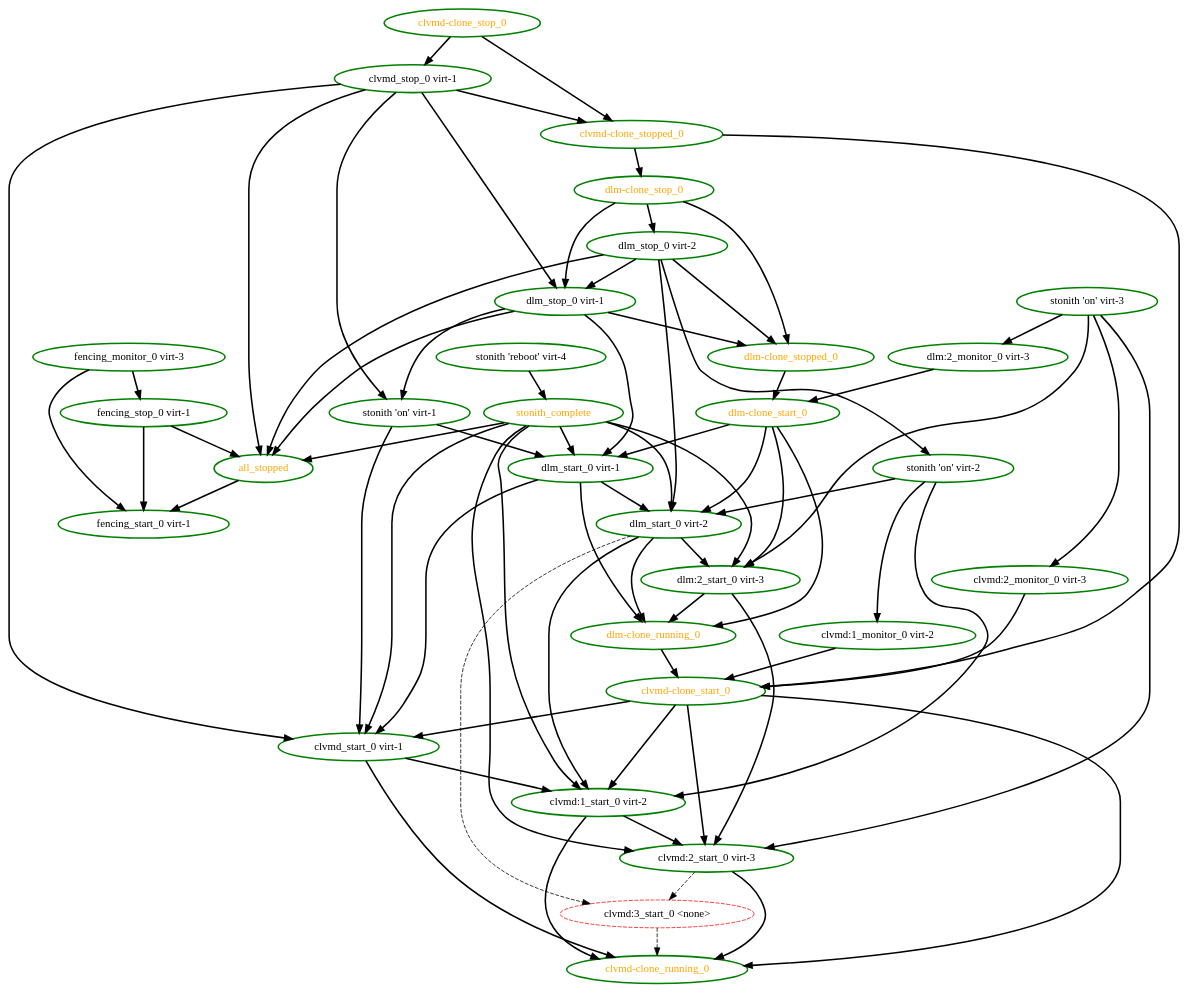
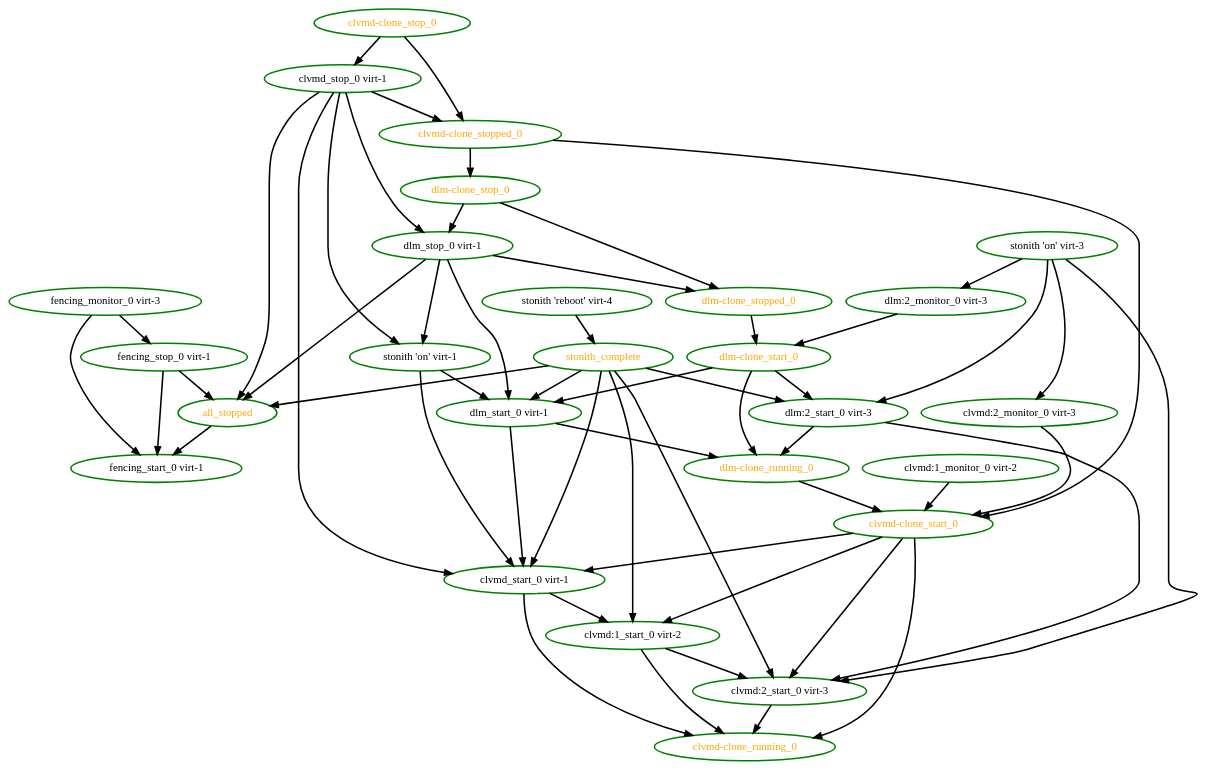
One commit to ClusterLabs/pacemaker changed the diagram in pengine/test10/unfence-parameters.dot. Above: the diagram before and after it, drawn with Graphviz. The commit also changed 2 other files, not shown here.

```diff
--- a/pengine/test10/unfence-parameters.dot
+++ b/pengine/test10/unfence-parameters.dot
@@ -1,104 +1,82 @@
 digraph "g" {
 "all_stopped" -> "fencing_start_0 virt-1" [ style = bold]
 "all_stopped" [ style=bold color="green" fontcolor="orange"]
 "clvmd-clone_running_0" [ style=bold color="green" fontcolor="orange"]
 "clvmd-clone_start_0" -> "clvmd-clone_running_0" [ style = bold]
 "clvmd-clone_start_0" -> "clvmd:1_start_0 virt-2" [ style = bold]
 "clvmd-clone_start_0" -> "clvmd:2_start_0 virt-3" [ style = bold]
 "clvmd-clone_start_0" -> "clvmd_start_0 virt-1" [ style = bold]
 "clvmd-clone_start_0" [ style=bold color="green" fontcolor="orange"]
 "clvmd-clone_stop_0" -> "clvmd-clone_stopped_0" [ style = bold]
 "clvmd-clone_stop_0" -> "clvmd_stop_0 virt-1" [ style = bold]
 "clvmd-clone_stop_0" [ style=bold color="green" fontcolor="orange"]
 "clvmd-clone_stopped_0" -> "clvmd-clone_start_0" [ style = bold]
 "clvmd-clone_stopped_0" -> "dlm-clone_stop_0" [ style = bold]
 "clvmd-clone_stopped_0" [ style=bold color="green" fontcolor="orange"]
 "clvmd:1_monitor_0 virt-2" -> "clvmd-clone_start_0" [ style = bold]
 "clvmd:1_monitor_0 virt-2" [ style=bold color="green" fontcolor="black"]
 "clvmd:1_start_0 virt-2" -> "clvmd-clone_running_0" [ style = bold]
 "clvmd:1_start_0 virt-2" -> "clvmd:2_start_0 virt-3" [ style = bold]
 "clvmd:1_start_0 virt-2" [ style=bold color="green" fontcolor="black"]
 "clvmd:2_monitor_0 virt-3" -> "clvmd-clone_start_0" [ style = bold]
 "clvmd:2_monitor_0 virt-3" [ style=bold color="green" fontcolor="black"]
 "clvmd:2_start_0 virt-3" -> "clvmd-clone_running_0" [ style = bold]
-"clvmd:2_start_0 virt-3" -> "clvmd:3_start_0 <none>" [ style = dashed]
 "clvmd:2_start_0 virt-3" [ style=bold color="green" fontcolor="black"]
-"clvmd:3_start_0 <none>" -> "clvmd-clone_running_0" [ style = dashed]
-"clvmd:3_start_0 <none>" [ style=dashed color="red" fontcolor="black"]
 "clvmd_start_0 virt-1" -> "clvmd-clone_running_0" [ style = bold]
 "clvmd_start_0 virt-1" -> "clvmd:1_start_0 virt-2" [ style = bold]
 "clvmd_start_0 virt-1" [ style=bold color="green" fontcolor="black"]
 "clvmd_stop_0 virt-1" -> "all_stopped" [ style = bold]
 "clvmd_stop_0 virt-1" -> "clvmd-clone_stopped_0" [ style = bold]
 "clvmd_stop_0 virt-1" -> "clvmd_start_0 virt-1" [ style = bold]
 "clvmd_stop_0 virt-1" -> "dlm_stop_0 virt-1" [ style = bold]
 "clvmd_stop_0 virt-1" -> "stonith 'on' virt-1" [ style = bold]
 "clvmd_stop_0 virt-1" [ style=bold color="green" fontcolor="black"]
 "dlm-clone_running_0" -> "clvmd-clone_start_0" [ style = bold]
 "dlm-clone_running_0" [ style=bold color="green" fontcolor="orange"]
 "dlm-clone_start_0" -> "dlm-clone_running_0" [ style = bold]
 "dlm-clone_start_0" -> "dlm:2_start_0 virt-3" [ style = bold]
 "dlm-clone_start_0" -> "dlm_start_0 virt-1" [ style = bold]
-"dlm-clone_start_0" -> "dlm_start_0 virt-2" [ style = bold]
 "dlm-clone_start_0" [ style=bold color="green" fontcolor="orange"]
 "dlm-clone_stop_0" -> "dlm-clone_stopped_0" [ style = bold]
 "dlm-clone_stop_0" -> "dlm_stop_0 virt-1" [ style = bold]
-"dlm-clone_stop_0" -> "dlm_stop_0 virt-2" [ style = bold]
 "dlm-clone_stop_0" [ style=bold color="green" fontcolor="orange"]
 "dlm-clone_stopped_0" -> "dlm-clone_start_0" [ style = bold]
 "dlm-clone_stopped_0" [ style=bold color="green" fontcolor="orange"]
 "dlm:2_monitor_0 virt-3" -> "dlm-clone_start_0" [ style = bold]
 "dlm:2_monitor_0 virt-3" [ style=bold color="green" fontcolor="black"]
 "dlm:2_start_0 virt-3" -> "clvmd:2_start_0 virt-3" [ style = bold]
 "dlm:2_start_0 virt-3" -> "dlm-clone_running_0" [ style = bold]
 "dlm:2_start_0 virt-3" [ style=bold color="green" fontcolor="black"]
 "dlm_start_0 virt-1" -> "clvmd_start_0 virt-1" [ style = bold]
 "dlm_start_0 virt-1" -> "dlm-clone_running_0" [ style = bold]
-"dlm_start_0 virt-1" -> "dlm_start_0 virt-2" [ style = bold]
 "dlm_start_0 virt-1" [ style=bold color="green" fontcolor="black"]
-"dlm_start_0 virt-2" -> "clvmd:1_start_0 virt-2" [ style = bold]
-"dlm_start_0 virt-2" -> "clvmd:3_start_0 <none>" [ style = dashed]
-"dlm_start_0 virt-2" -> "dlm-clone_running_0" [ style = bold]
-"dlm_start_0 virt-2" -> "dlm:2_start_0 virt-3" [ style = bold]
-"dlm_start_0 virt-2" [ style=bold color="green" fontcolor="black"]
 "dlm_stop_0 virt-1" -> "all_stopped" [ style = bold]
 "dlm_stop_0 virt-1" -> "dlm-clone_stopped_0" [ style = bold]
 "dlm_stop_0 virt-1" -> "dlm_start_0 virt-1" [ style = bold]
 "dlm_stop_0 virt-1" -> "stonith 'on' virt-1" [ style = bold]
 "dlm_stop_0 virt-1" [ style=bold color="green" fontcolor="black"]
-"dlm_stop_0 virt-2" -> "all_stopped" [ style = bold]
-"dlm_stop_0 virt-2" -> "dlm-clone_stopped_0" [ style = bold]
-"dlm_stop_0 virt-2" -> "dlm_start_0 virt-2" [ style = bold]
-"dlm_stop_0 virt-2" -> "dlm_stop_0 virt-1" [ style = bold]
-"dlm_stop_0 virt-2" -> "stonith 'on' virt-2" [ style = bold]
-"dlm_stop_0 virt-2" [ style=bold color="green" fontcolor="black"]
 "fencing_monitor_0 virt-3" -> "fencing_start_0 virt-1" [ style = bold]
 "fencing_monitor_0 virt-3" -> "fencing_stop_0 virt-1" [ style = bold]
 "fencing_monitor_0 virt-3" [ style=bold color="green" fontcolor="black"]
 "fencing_start_0 virt-1" [ style=bold color="green" fontcolor="black"]
 "fencing_stop_0 virt-1" -> "all_stopped" [ style = bold]
 "fencing_stop_0 virt-1" -> "fencing_start_0 virt-1" [ style = bold]
 "fencing_stop_0 virt-1" [ style=bold color="green" fontcolor="black"]
 "stonith 'on' virt-1" -> "clvmd_start_0 virt-1" [ style = bold]
 "stonith 'on' virt-1" -> "dlm_start_0 virt-1" [ style = bold]
 "stonith 'on' virt-1" [ style=bold color="green" fontcolor="black"]
-"stonith 'on' virt-2" -> "clvmd:1_monitor_0 virt-2" [ style = bold]
-"stonith 'on' virt-2" -> "clvmd:1_start_0 virt-2" [ style = bold]
-"stonith 'on' virt-2" -> "dlm_start_0 virt-2" [ style = bold]
-"stonith 'on' virt-2" [ style=bold color="green" fontcolor="black"]
 "stonith 'on' virt-3" -> "clvmd:2_monitor_0 virt-3" [ style = bold]
 "stonith 'on' virt-3" -> "clvmd:2_start_0 virt-3" [ style = bold]
 "stonith 'on' virt-3" -> "dlm:2_monitor_0 virt-3" [ style = bold]
 "stonith 'on' virt-3" -> "dlm:2_start_0 virt-3" [ style = bold]
 "stonith 'on' virt-3" [ style=bold color="green" fontcolor="black"]
 "stonith 'reboot' virt-4" -> "stonith_complete" [ style = bold]
 "stonith 'reboot' virt-4" [ style=bold color="green" fontcolor="black"]
 "stonith_complete" -> "all_stopped" [ style = bold]
 "stonith_complete" -> "clvmd:1_start_0 virt-2" [ style = bold]
 "stonith_complete" -> "clvmd:2_start_0 virt-3" [ style = bold]
 "stonith_complete" -> "clvmd_start_0 virt-1" [ style = bold]
 "stonith_complete" -> "dlm:2_start_0 virt-3" [ style = bold]
 "stonith_complete" -> "dlm_start_0 virt-1" [ style = bold]
-"stonith_complete" -> "dlm_start_0 virt-2" [ style = bold]
 "stonith_complete" [ style=bold color="green" fontcolor="orange"]
 }
```
